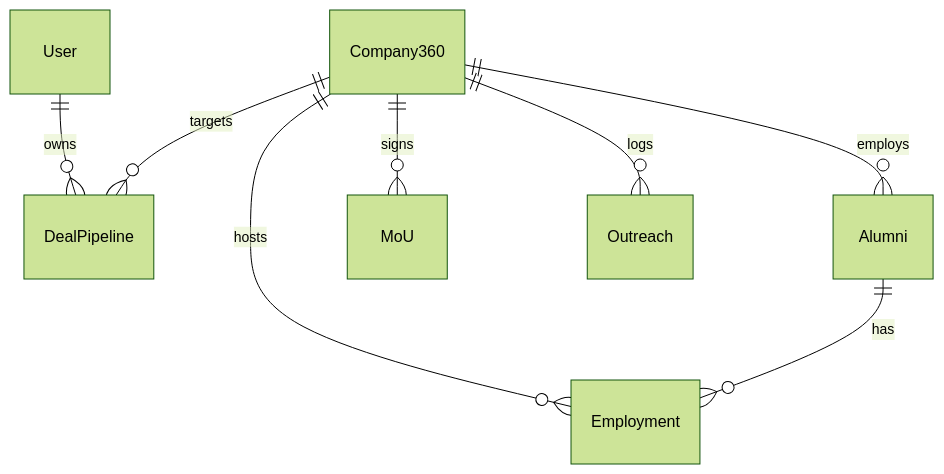
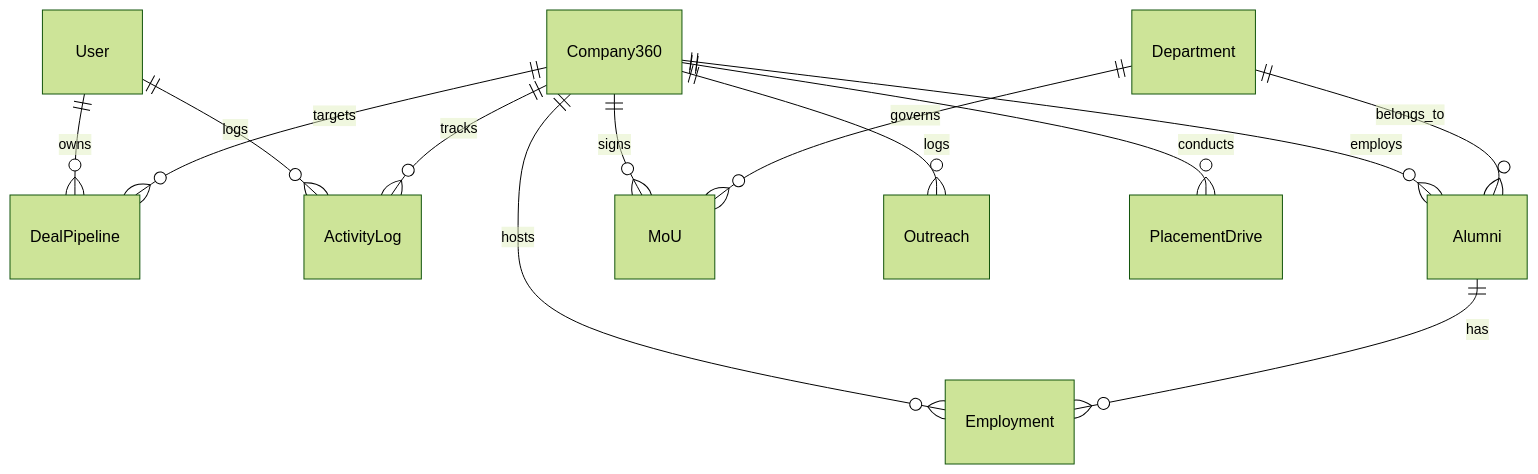
One commit to PRASHIK-VYAS/CRM changed the diagram in LLD.md. Above: the diagram before and after it, drawn with Mermaid (forest theme). The commit also changed other lines of this file, not shown here.

Commit message:
docs: update LLD.md with Enterprise schema, API endpoints, RBAC matrix, and module inventory

````diff
--- a/LLD.md
+++ b/LLD.md
@@ -277,10 +349,15 @@
 ```mermaid
 erDiagram
     User ||--o{ DealPipeline : owns
+    User ||--o{ ActivityLog : logs
     Company360 ||--o{ Alumni : employs
     Company360 ||--o{ DealPipeline : targets
     Company360 ||--o{ MoU : signs
     Company360 ||--o{ Outreach : logs
     Company360 ||--o{ Employment : hosts
+    Company360 ||--o{ PlacementDrive : conducts
+    Company360 ||--o{ ActivityLog : tracks
     Alumni ||--o{ Employment : has
+    Department ||--o{ Alumni : belongs_to
+    Department ||--o{ MoU : governs
 ```
````
